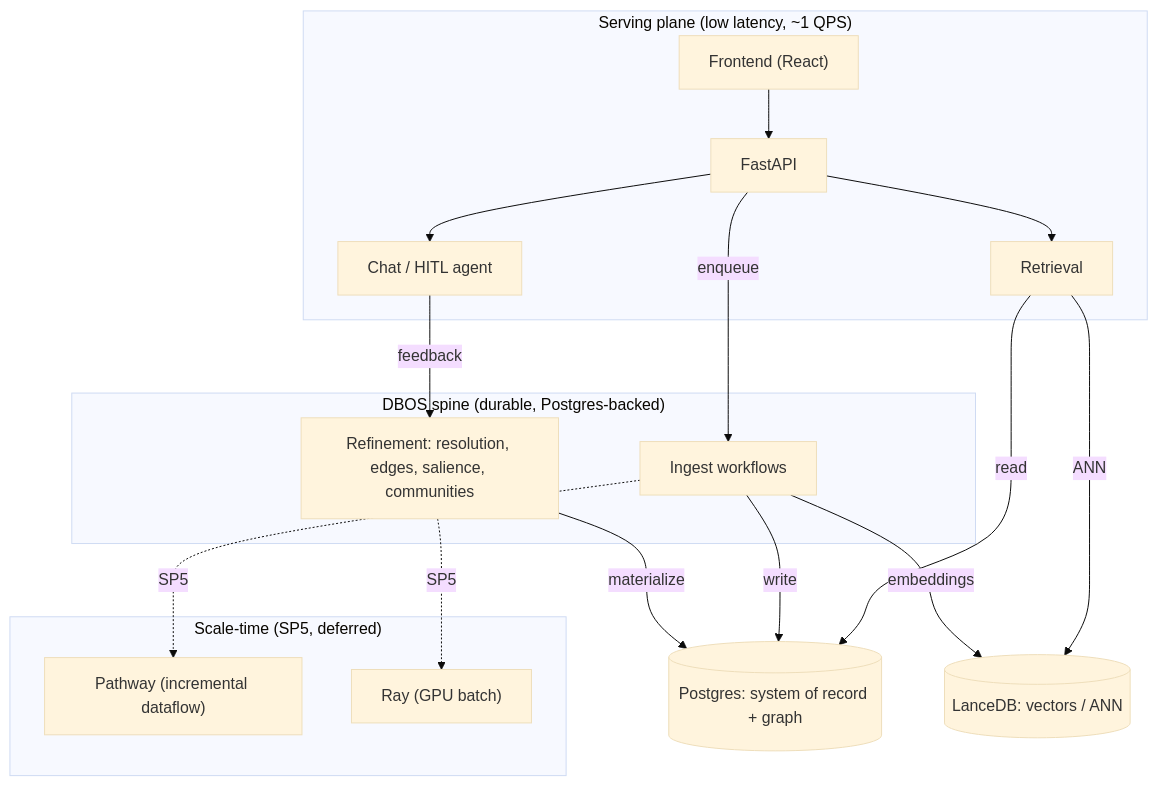
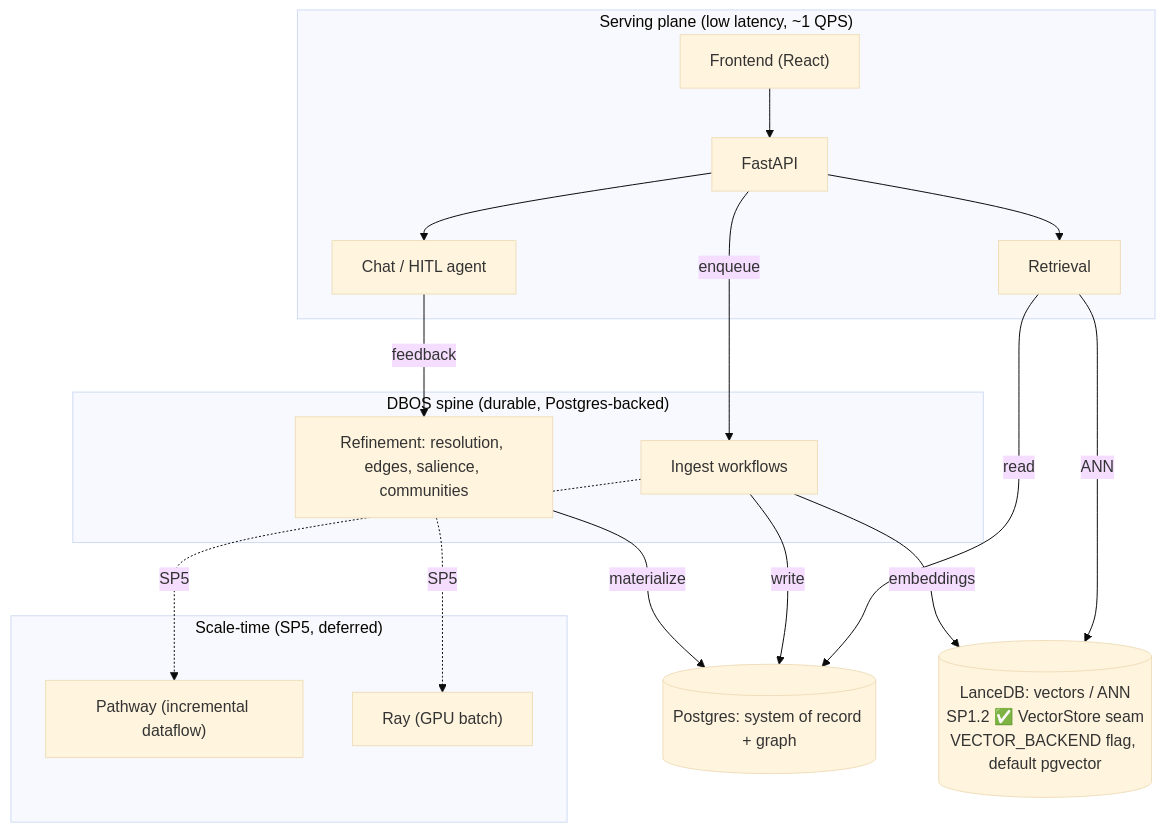
One commit to dionysusliu/Munger changed the first of 5 diagrams in docs/superpowers/specs/2026-06-09-munger-data-architecture-design.md. Above: the diagram before and after it, drawn with Mermaid (base theme). The commit also changed other lines of this file and 1 other file, not shown here.

Commit message:
docs: STATUS + north-star mermaid — SP1.2 VectorStore/LanceDB done (213 passed)

````diff
--- a/docs/superpowers/specs/2026-06-09-munger-data-architecture-design.md
+++ b/docs/superpowers/specs/2026-06-09-munger-data-architecture-design.md
@@ -54,31 +54,33 @@
 ```mermaid
 flowchart TB
     subgraph SERVING["Serving plane (low latency, ~1 QPS)"]
         FE["Frontend (React)"]
         API["FastAPI"]
         RET["Retrieval"]
         CHAT["Chat / HITL agent"]
         FE --> API
         API --> RET
         API --> CHAT
     end
     subgraph SPINE["DBOS spine (durable, Postgres-backed)"]
         ING["Ingest workflows"]
         REF["Refinement: resolution, edges, salience, communities"]
     end
     subgraph SCALE["Scale-time (SP5, deferred)"]
         PW["Pathway (incremental dataflow)"]
         RAY["Ray (GPU batch)"]
     end
     PG[("Postgres: system of record + graph")]
-    LANCE[("LanceDB: vectors / ANN")]
+    LANCE[("LanceDB: vectors / ANN
+SP1.2 ✅ VectorStore seam
+VECTOR_BACKEND flag, default pgvector")]
     API -->|enqueue| ING
     CHAT -->|feedback| REF
     RET -->|read| PG
     RET -->|ANN| LANCE
     ING -->|write| PG
     ING -->|embeddings| LANCE
     REF -->|materialize| PG
     ING -. SP5 .-> PW
     REF -. SP5 .-> RAY
 ```
````
